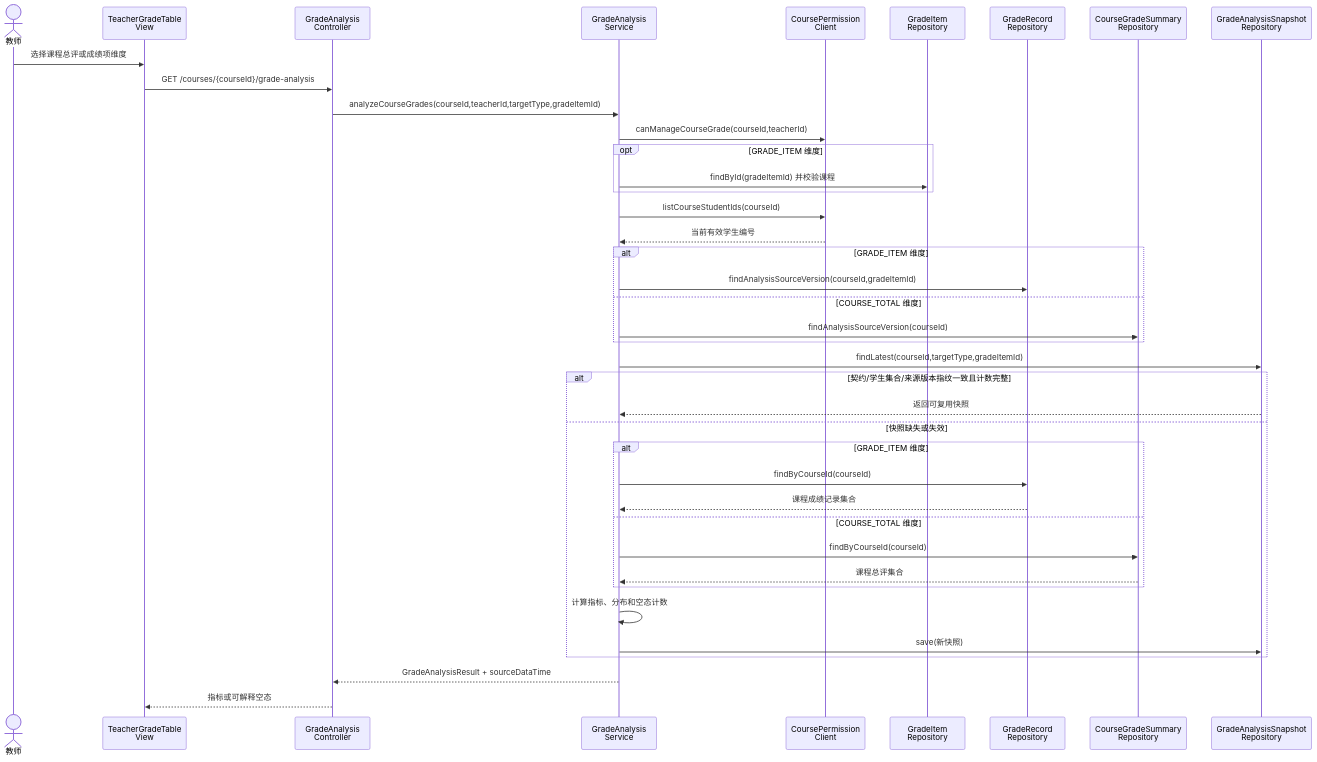
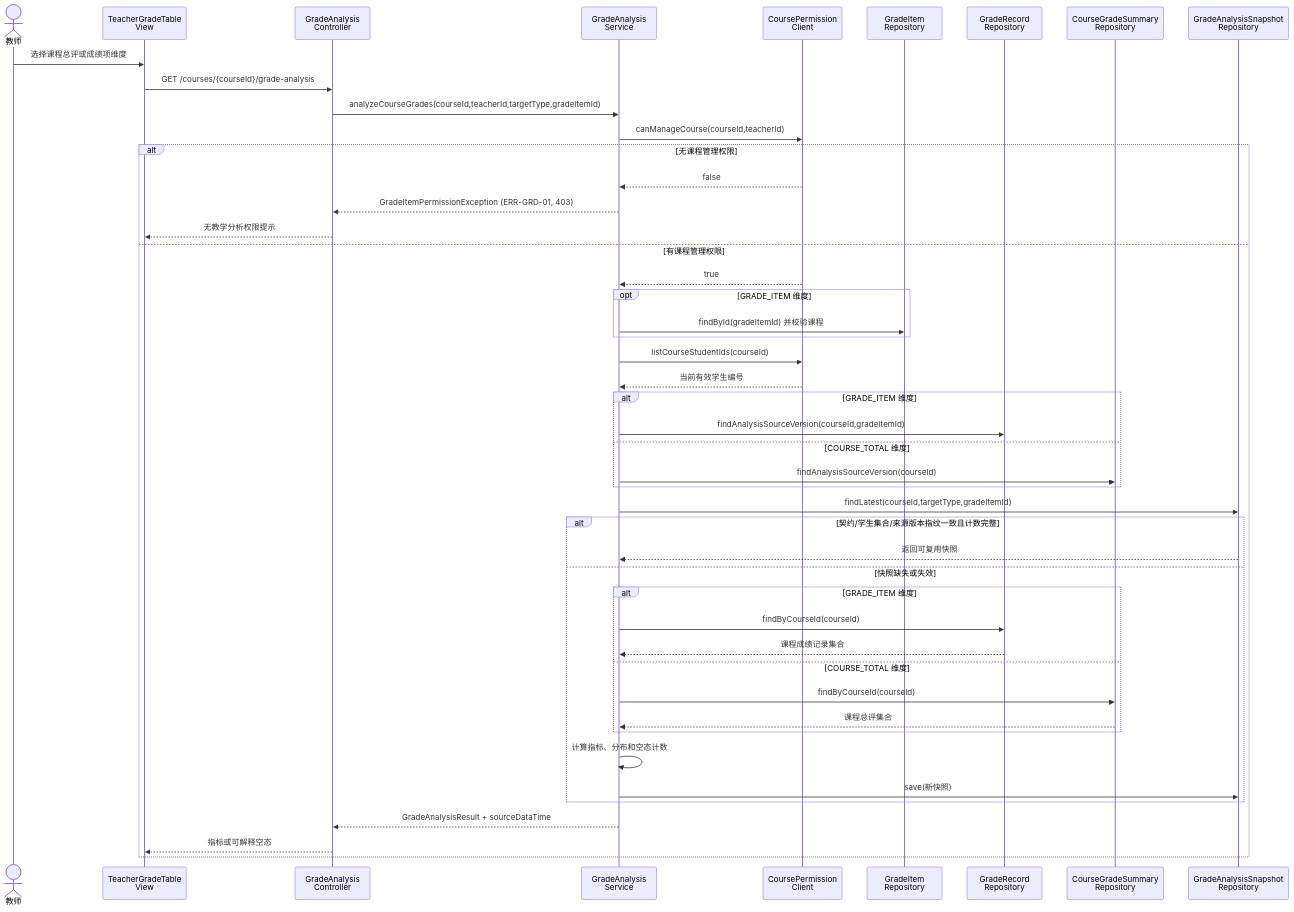
Before and after one commit to Cr4zyorange/OnlineJudge: the diagram in docs/diagrams/grd/fig_3_6_13_grade_analysis_sequence.mmd, drawn with Mermaid. The commit also changed 5 other files, not shown here.

Commit message:
docs(grd): align sync errors and analysis access

```diff
--- a/docs/diagrams/grd/fig_3_6_13_grade_analysis_sequence.mmd
+++ b/docs/diagrams/grd/fig_3_6_13_grade_analysis_sequence.mmd
@@ -1,40 +1,47 @@
 sequenceDiagram
   actor Teacher as 教师
   participant View as TeacherGradeTable<br/>View
   participant Controller as GradeAnalysis<br/>Controller
   participant Service as GradeAnalysis<br/>Service
   participant Permission as CoursePermission<br/>Client
   participant ItemRepo as GradeItem<br/>Repository
   participant RecordRepo as GradeRecord<br/>Repository
   participant SummaryRepo as CourseGradeSummary<br/>Repository
   participant SnapshotRepo as GradeAnalysisSnapshot<br/>Repository
   Teacher->>View: 选择课程总评或成绩项维度
   View->>Controller: GET /courses/{courseId}/grade-analysis
   Controller->>Service: analyzeCourseGrades(courseId,teacherId,targetType,gradeItemId)
-  Service->>Permission: canManageCourseGrade(courseId,teacherId)
-  opt GRADE_ITEM 维度
-    Service->>ItemRepo: findById(gradeItemId) 并校验课程
+  Service->>Permission: canManageCourse(courseId,teacherId)
+  alt 无课程管理权限
+    Permission-->>Service: false
+    Service-->>Controller: GradeItemPermissionException (ERR-GRD-01, 403)
+    Controller-->>View: 无教学分析权限提示
+  else 有课程管理权限
+    Permission-->>Service: true
+    opt GRADE_ITEM 维度
+      Service->>ItemRepo: findById(gradeItemId) 并校验课程
+    end
+    Service->>Permission: listCourseStudentIds(courseId)
+    Permission-->>Service: 当前有效学生编号
+    alt GRADE_ITEM 维度
+      Service->>RecordRepo: findAnalysisSourceVersion(courseId,gradeItemId)
+    else COURSE_TOTAL 维度
+      Service->>SummaryRepo: findAnalysisSourceVersion(courseId)
+    end
+    Service->>SnapshotRepo: findLatest(courseId,targetType,gradeItemId)
+    alt 契约/学生集合/来源版本指纹一致且计数完整
+      SnapshotRepo-->>Service: 返回可复用快照
+    else 快照缺失或失效
+      alt GRADE_ITEM 维度
+        Service->>RecordRepo: findByCourseId(courseId)
+        RecordRepo-->>Service: 课程成绩记录集合
+      else COURSE_TOTAL 维度
+        Service->>SummaryRepo: findByCourseId(courseId)
+        SummaryRepo-->>Service: 课程总评集合
+      end
+      Service->>Service: 计算指标、分布和空态计数
+      Service->>SnapshotRepo: save(新快照)
+    end
+    Service-->>Controller: GradeAnalysisResult + sourceDataTime
+    Controller-->>View: 指标或可解释空态
   end
-  Service->>Permission: listCourseStudentIds(courseId)
-  Permission-->>Service: 当前有效学生编号
-  alt GRADE_ITEM 维度
-    Service->>RecordRepo: findAnalysisSourceVersion(courseId,gradeItemId)
-  else COURSE_TOTAL 维度
-    Service->>SummaryRepo: findAnalysisSourceVersion(courseId)
-  end
-  Service->>SnapshotRepo: findLatest(courseId,targetType,gradeItemId)
-  alt 契约/学生集合/来源版本指纹一致且计数完整
-    SnapshotRepo-->>Service: 返回可复用快照
-  else 快照缺失或失效
-    alt GRADE_ITEM 维度
-      Service->>RecordRepo: findByCourseId(courseId)
-      RecordRepo-->>Service: 课程成绩记录集合
-    else COURSE_TOTAL 维度
-      Service->>SummaryRepo: findByCourseId(courseId)
-      SummaryRepo-->>Service: 课程总评集合
-    end
-    Service->>Service: 计算指标、分布和空态计数
-    Service->>SnapshotRepo: save(新快照)
-  end
-  Service-->>Controller: GradeAnalysisResult + sourceDataTime
-  Controller-->>View: 指标或可解释空态
```
